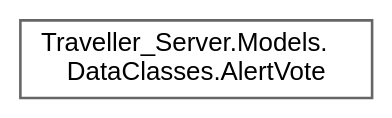
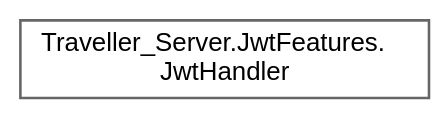
One commit to VenelinArgirov/manual-tecnico.github.io changed the diagram in Servidor/inherit_graph_27.dot. Above: the diagram before and after it, drawn with Graphviz. The commit also changed 539 other files, not shown here.

```diff
--- a/Servidor/inherit_graph_27.dot
+++ b/Servidor/inherit_graph_27.dot
@@ -1,9 +1,9 @@
 digraph "Graphical Class Hierarchy"
 {
  // LATEX_PDF_SIZE
   bgcolor="transparent";
   edge [fontname=Helvetica,fontsize=10,labelfontname=Helvetica,labelfontsize=10];
   node [fontname=Helvetica,fontsize=10,shape=box,height=0.2,width=0.4];
   rankdir="LR";
-  Node0 [label="Traveller_Server.Models.\lDataClasses.AlertVote",height=0.2,width=0.4,color="grey40", fillcolor="white", style="filled",URL="$class_traveller___server_1_1_models_1_1_data_classes_1_1_alert_vote.html",tooltip="Data class of a AlertVote. Represents the vote a user can do in an alert."];
+  Node0 [label="Traveller_Server.JwtFeatures.\lJwtHandler",height=0.2,width=0.4,color="grey40", fillcolor="white", style="filled",URL="$class_traveller___server_1_1_jwt_features_1_1_jwt_handler.html",tooltip="Class used to configurate the JWT token and help with the authentication process."];
 }
```
